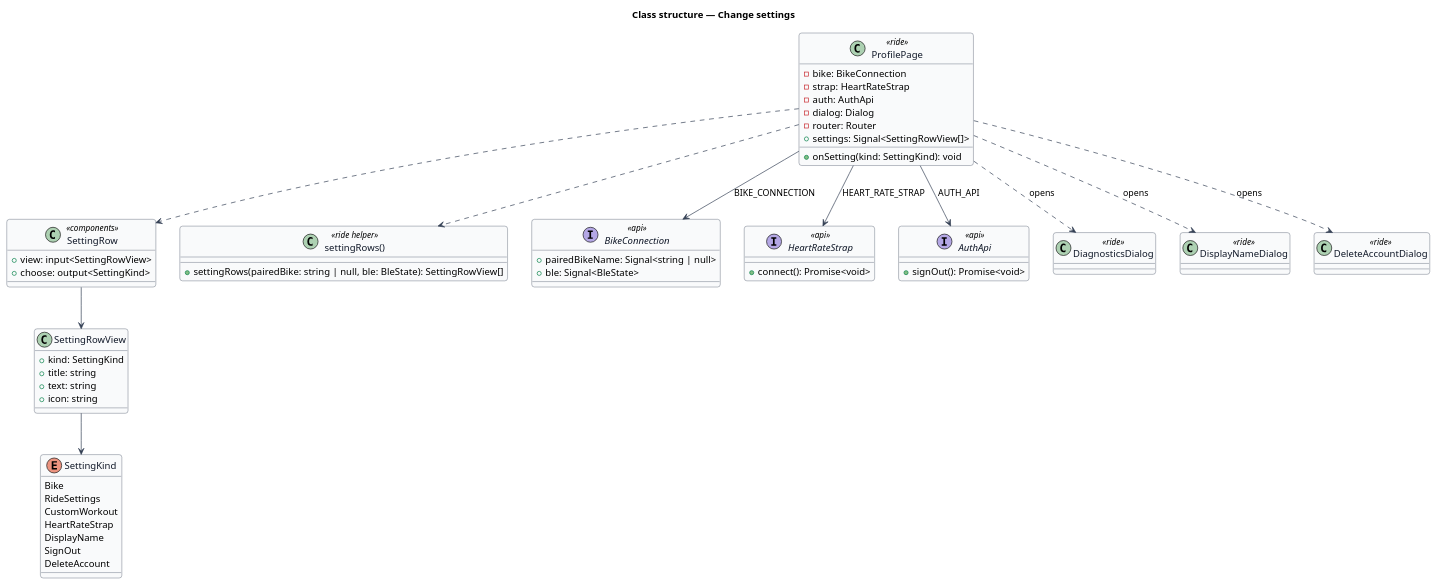
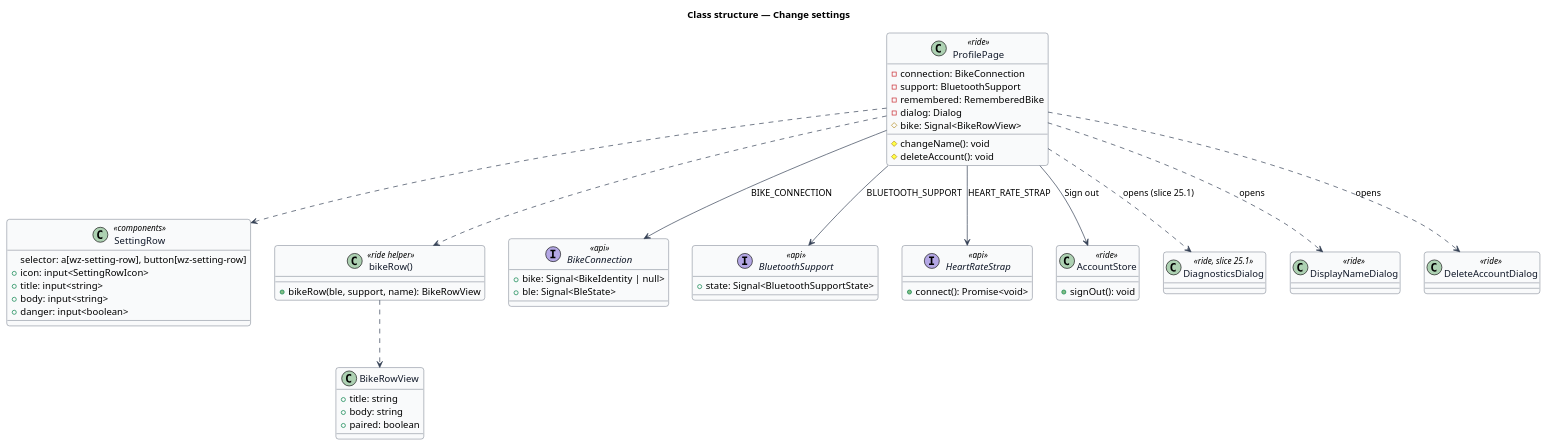
One commit to QuinntyneBrown/ride-one changed the diagram in docs/detailed-designs/profile/change-settings/diagrams/class-structure.puml. Above: the diagram before and after it, drawn with PlantUML. The commit also changed 12 other files, not shown here.

First line of the commit message:
Add the bike, Ride settings and Custom workout rows to Profile (slice 13.3)

```diff
--- a/docs/detailed-designs/profile/change-settings/diagrams/class-structure.puml
+++ b/docs/detailed-designs/profile/change-settings/diagrams/class-structure.puml
@@ -1,69 +1,65 @@
 @startuml
 ' --- shared skin header ---
 skinparam backgroundColor #FFFFFF
 skinparam shadowing false
 skinparam roundcorner 8
 skinparam defaultFontName Arial
 skinparam ArrowColor #344054
 skinparam class {
   BorderColor #344054
   FontColor #101828
   BackgroundColor #F9FAFB
 }
 ' --------------------------
 title Class structure — Change settings
-enum SettingKind {
-  Bike
-  RideSettings
-  CustomWorkout
-  HeartRateStrap
-  DisplayName
-  SignOut
-  DeleteAccount
-}
-class SettingRowView {
-  +kind: SettingKind
-  +title: string
-  +text: string
-  +icon: string
-}
 class SettingRow <<components>> {
-  +view: input<SettingRowView>
-  +choose: output<SettingKind>
+  selector: a[wz-setting-row], button[wz-setting-row]
+  +icon: input<SettingRowIcon>
+  +title: input<string>
+  +body: input<string>
+  +danger: input<boolean>
 }
 class ProfilePage <<ride>> {
-  -bike: BikeConnection
-  -strap: HeartRateStrap
-  -auth: AuthApi
+  -connection: BikeConnection
+  -support: BluetoothSupport
+  -remembered: RememberedBike
   -dialog: Dialog
-  -router: Router
-  +settings: Signal<SettingRowView[]>
-  +onSetting(kind: SettingKind): void
+  #bike: Signal<BikeRowView>
+  #changeName(): void
+  #deleteAccount(): void
 }
-class "settingRows()" as rows <<ride helper>> {
-  +settingRows(pairedBike: string | null, ble: BleState): SettingRowView[]
+class "bikeRow()" as rows <<ride helper>> {
+  +bikeRow(ble, support, name): BikeRowView
+}
+class BikeRowView {
+  +title: string
+  +body: string
+  +paired: boolean
 }
 interface BikeConnection <<api>> {
-  +pairedBikeName: Signal<string | null>
+  +bike: Signal<BikeIdentity | null>
   +ble: Signal<BleState>
+}
+interface BluetoothSupport <<api>> {
+  +state: Signal<BluetoothSupportState>
 }
 interface HeartRateStrap <<api>> {
   +connect(): Promise<void>
 }
-interface AuthApi <<api>> {
-  +signOut(): Promise<void>
+class AccountStore <<ride>> {
+  +signOut(): void
 }
-class DiagnosticsDialog <<ride>>
+class DiagnosticsDialog <<ride, slice 25.1>>
 class DisplayNameDialog <<ride>>
 class DeleteAccountDialog <<ride>>
 ProfilePage ..> rows
+rows ..> BikeRowView
 ProfilePage ..> SettingRow
-SettingRow --> SettingRowView
-SettingRowView --> SettingKind
 ProfilePage --> BikeConnection : BIKE_CONNECTION
+ProfilePage --> BluetoothSupport : BLUETOOTH_SUPPORT
 ProfilePage --> HeartRateStrap : HEART_RATE_STRAP
-ProfilePage --> AuthApi : AUTH_API
-ProfilePage ..> DiagnosticsDialog : opens
+ProfilePage --> AccountStore : Sign out
+ProfilePage ..> DiagnosticsDialog : opens (slice 25.1)
 ProfilePage ..> DisplayNameDialog : opens
 ProfilePage ..> DeleteAccountDialog : opens
 @enduml
```
